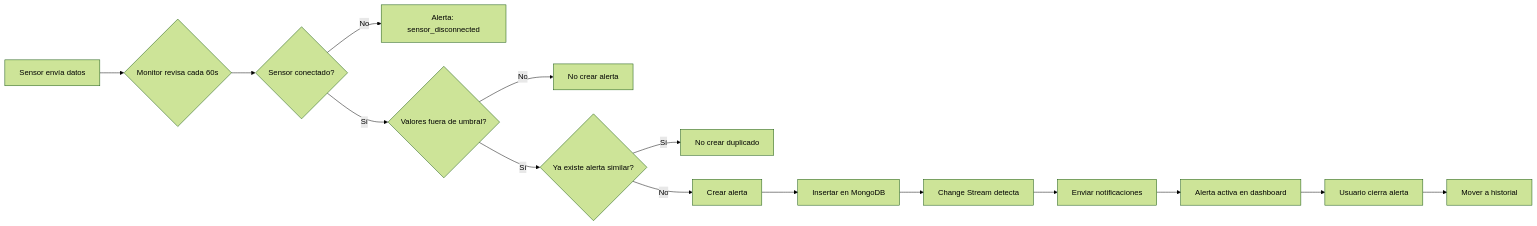
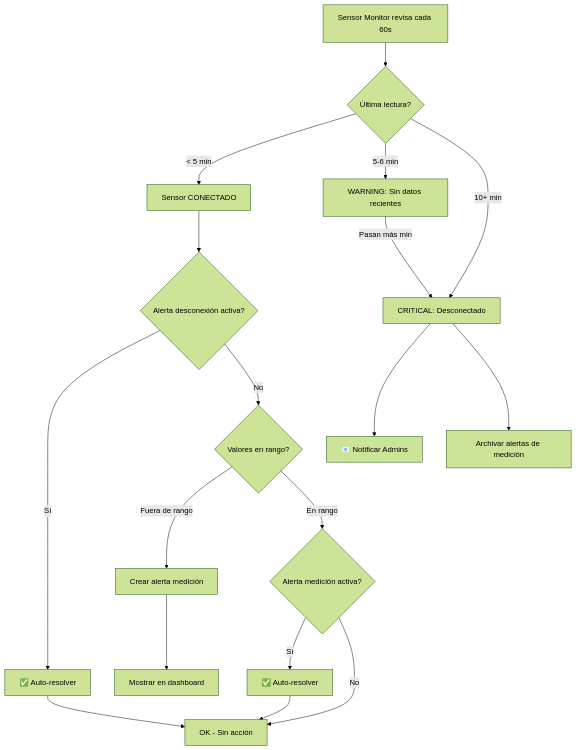
Before and after one commit to KsmBlitz/UNAB-ProyectoDeTitulo: the diagram in docs/SISTEMA-ALERTAS.md, drawn with Mermaid (forest theme). The commit also changed other lines of this file and 12 other files, not shown here.

Commit message:
Update Sistema de Alertas documentation to include auto-resolution and disconnection handling; add Zone.Identifier files for certificate management.

````diff
--- a/docs/SISTEMA-ALERTAS.md
+++ b/docs/SISTEMA-ALERTAS.md
@@ -202,17 +246,24 @@
 ```mermaid
-graph LR
-    A[Sensor envía datos] --> B{Monitor revisa cada 60s}
-    B --> C{Sensor conectado?}
-    C -->|No| D[Alerta: sensor_disconnected]
-    C -->|Sí| E{Valores fuera de umbral?}
-    E -->|No| F[No crear alerta]
-    E -->|Sí| G{Ya existe alerta similar?}
-    G -->|Sí| H[No crear duplicado]
-    G -->|No| I[Crear alerta]
-    I --> J[Insertar en MongoDB]
-    J --> K[Change Stream detecta]
-    K --> L[Enviar notificaciones]
-    L --> M[Alerta activa en dashboard]
-    M --> N[Usuario cierra alerta]
-    N --> O[Mover a historial]
+graph TD
+    A[Sensor Monitor revisa cada 60s] --> B{Última lectura?}
+    B -->|< 5 min| C[Sensor CONECTADO]
+    B -->|5-6 min| D[WARNING: Sin datos recientes]
+    B -->|10+ min| E[CRITICAL: Desconectado]
+    
+    D -->|Pasan más min| E
+    E --> F[📧 Notificar Admins]
+    E --> G[Archivar alertas de medición]
+    
+    C --> H{Alerta desconexión activa?}
+    H -->|Sí| I[✅ Auto-resolver]
+    H -->|No| J{Valores en rango?}
+    
+    J -->|Fuera de rango| K[Crear alerta medición]
+    J -->|En rango| L{Alerta medición activa?}
+    L -->|Sí| M[✅ Auto-resolver]
+    L -->|No| N[OK - Sin acción]
+    
+    K --> O[Mostrar en dashboard]
+    I --> N
+    M --> N
 ```
````
